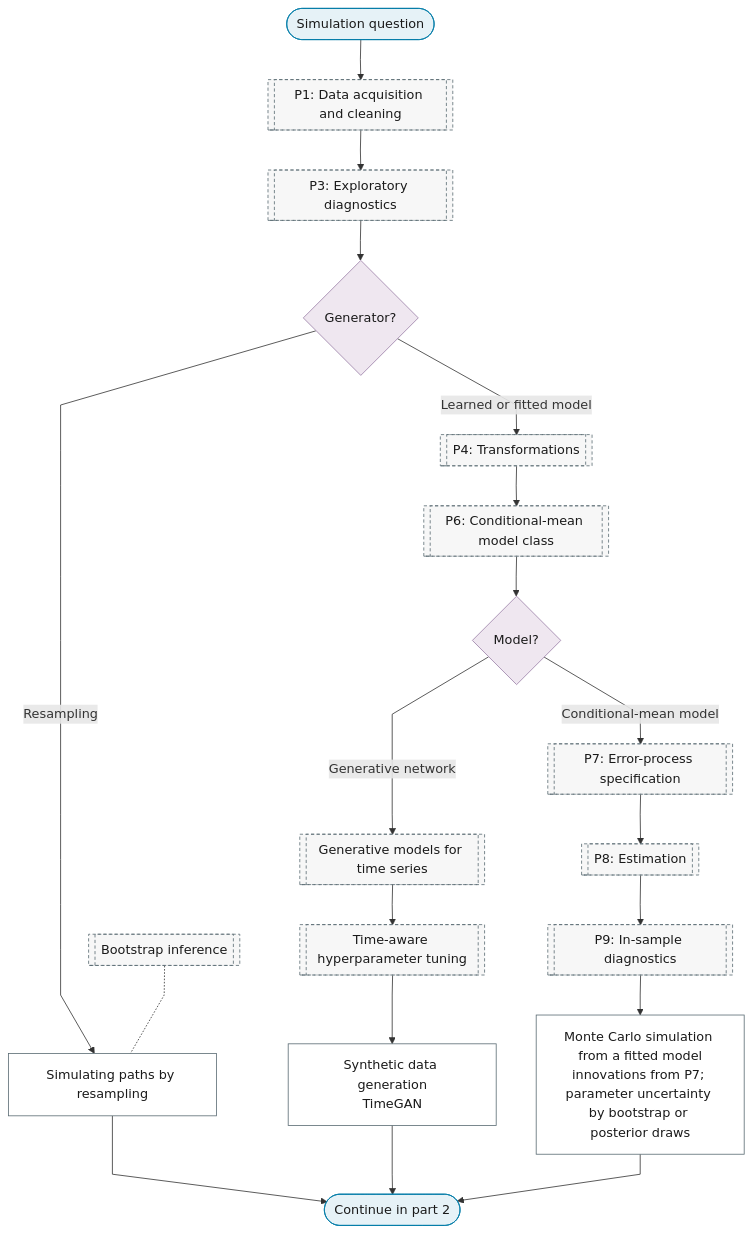
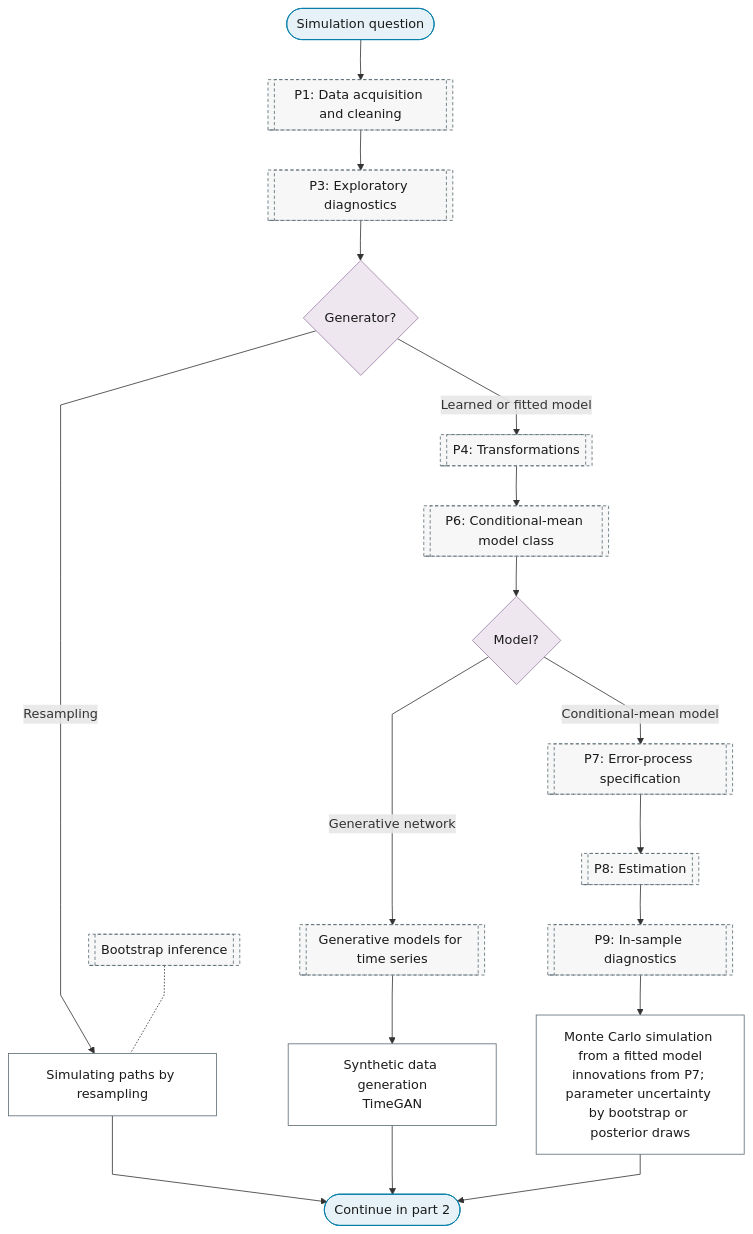
One commit to Shuxin-Y/time-series-analysis-manual changed the first of 2 diagrams in docs/01-workflow/p00-purpose/10-simulation.md. Above: the diagram before and after it, drawn with Mermaid. The commit also changed 6 other files, not shown here.

First line of the commit message:
feat(master): why-this-order table; purpose charts keep the spine order

````diff
--- a/docs/01-workflow/p00-purpose/10-simulation.md
+++ b/docs/01-workflow/p00-purpose/10-simulation.md
@@ -9,32 +9,31 @@
 ```mermaid
 %%{init: {"flowchart": {"curve": "linear"}}}%%
 graph TD
     P0_SM_IN(["Simulation question"]) --> P1[["P1: Data acquisition and cleaning"]]
     P1 --> P3[["P3: Exploratory diagnostics"]]
     P3 --> P0_SM_SOURCE{"Generator?"}
     P0_SM_SOURCE -->|"Resampling"| P0_SM_BOOTSTRAP_PATHS["Simulating paths by resampling"]
     P0_SM_SOURCE -->|"Learned or fitted model"| P4[["P4: Transformations"]]
     P4 --> P6[["P6: Conditional-mean model class"]]
     P6 --> P0_SM_FIT{"Model?"}
     P0_SM_FIT -->|"Generative network"| P6_GENERATIVE[["Generative models for time series"]]
     P0_SM_FIT -->|"Conditional-mean model"| P7[["P7: Error-process specification"]]
-    P6_GENERATIVE --> P8_HYPERPARAMETERS[["Time-aware hyperparameter tuning"]]
-    P8_HYPERPARAMETERS --> P0_SM_SYNTHETIC["Synthetic data generation<br/>TimeGAN"]
+    P6_GENERATIVE --> P0_SM_SYNTHETIC["Synthetic data generation<br/>TimeGAN"]
     P7 --> P8[["P8: Estimation"]]
     P8 --> P9[["P9: In-sample diagnostics"]]
     P9 --> P0_SM_MONTE_CARLO["Monte Carlo simulation from a fitted model<br/>innovations from P7; parameter uncertainty by bootstrap or posterior draws"]
     P9_BOOTSTRAP[["Bootstrap inference"]] -.- P0_SM_BOOTSTRAP_PATHS
     P0_SM_BOOTSTRAP_PATHS & P0_SM_SYNTHETIC & P0_SM_MONTE_CARLO --> P0_SM_TO_PART_2(["Continue in part 2"])
     class P0_SM_IN,P0_SM_TO_PART_2 terminator
     class P0_SM_SOURCE,P0_SM_FIT decision
     class P0_SM_BOOTSTRAP_PATHS,P0_SM_SYNTHETIC,P0_SM_MONTE_CARLO process
-    class P1,P3,P4,P6,P6_GENERATIVE,P7,P8_HYPERPARAMETERS,P8,P9,P9_BOOTSTRAP ref
+    class P1,P3,P4,P6,P6_GENERATIVE,P7,P8,P9,P9_BOOTSTRAP ref
     classDef terminator fill:#E6F2F7,stroke:#007BA7,color:#1A1A1A;
     classDef process fill:#FFFFFF,stroke:#5A6B73,color:#1A1A1A;
     classDef decision fill:#EFE7F0,stroke:#9B7FA7,color:#1A1A1A;
     classDef data fill:#FFF4E0,stroke:#C9A55E,color:#1A1A1A;
     classDef good fill:#DCEFD8,stroke:#4A7A3F,color:#1A1A1A;
     classDef escalate fill:#FFE9C2,stroke:#C9A55E,color:#1A1A1A;
     classDef problem fill:#F2D9DE,stroke:#800020,color:#1A1A1A;
     classDef ref fill:#F7F7F7,stroke:#5A6B73,color:#1A1A1A,stroke-dasharray:4 3;
 ```
````
